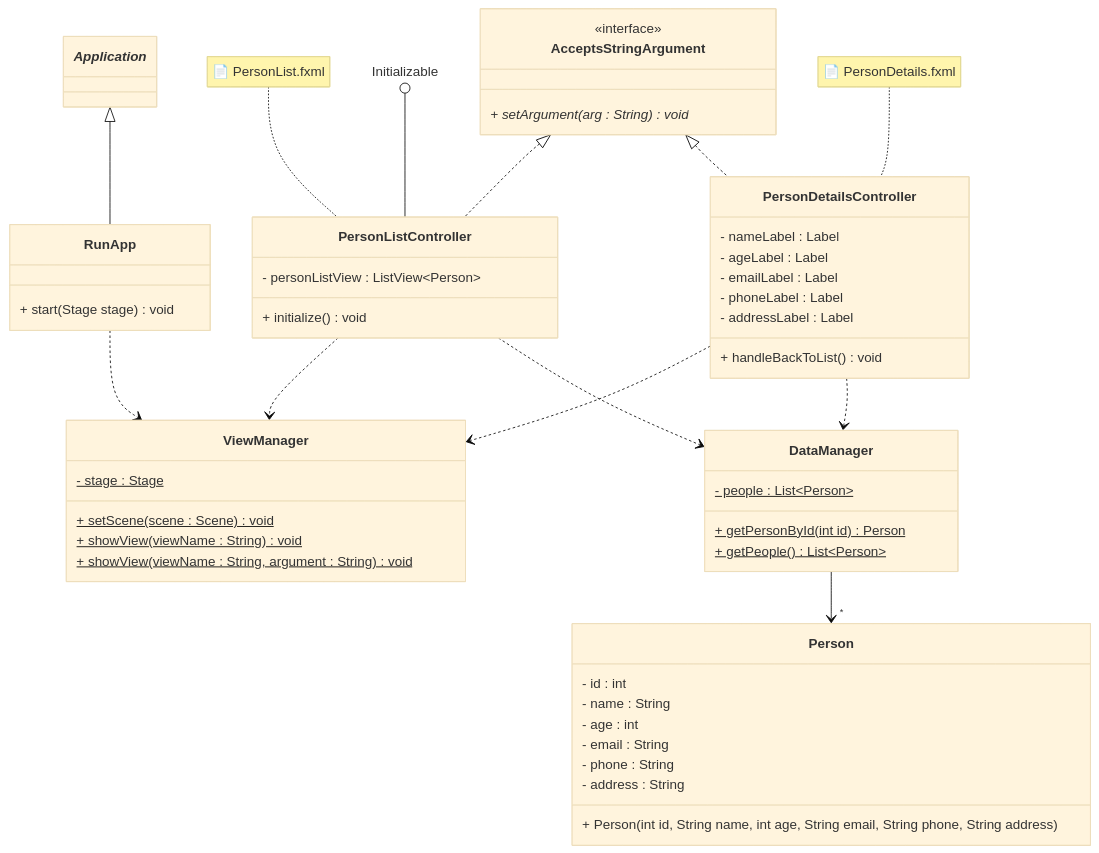
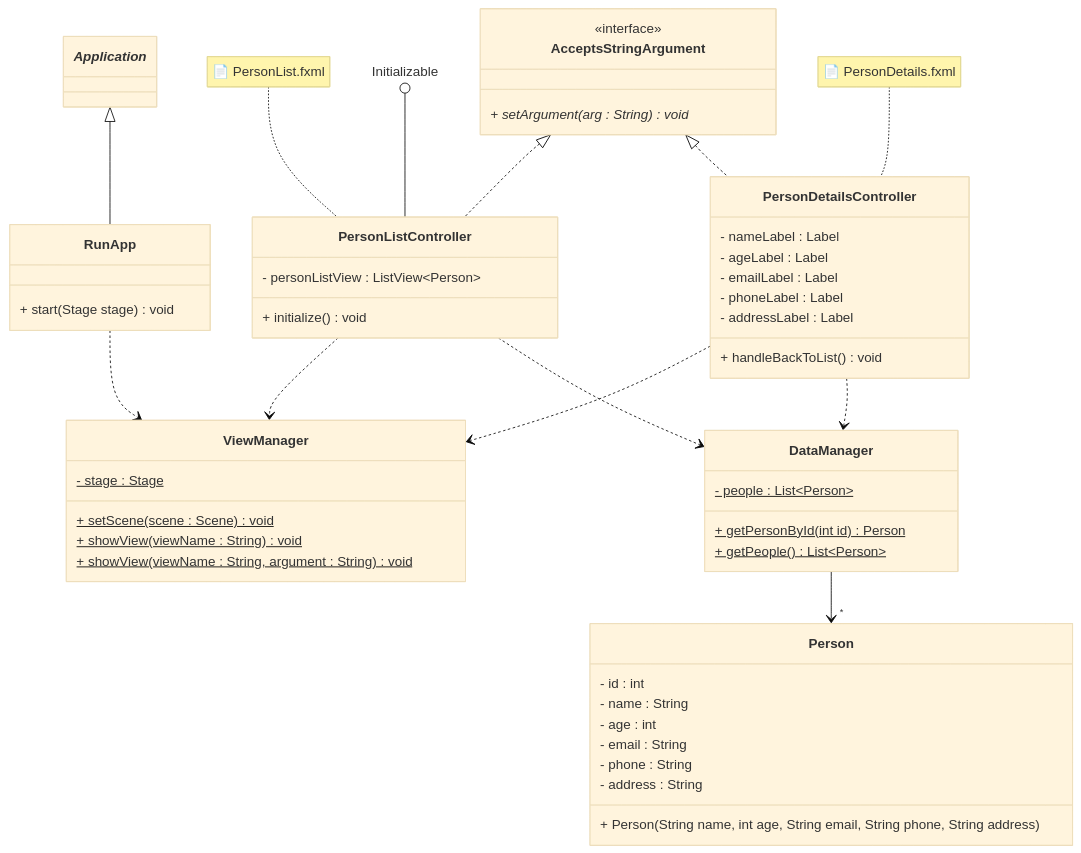
Before and after one commit to TroelsMortensen/Codelabs2: the diagram in Articles/Session 22 - JFX Continued/014 Exercise - Shared data.md, drawn with Mermaid (base theme).

````diff
--- a/Articles/Session 22 - JFX Continued/014 Exercise - Shared data.md
+++ b/Articles/Session 22 - JFX Continued/014 Exercise - Shared data.md
@@ -129,63 +129,63 @@
 ```mermaid
 classDiagram
 
     class RunApp {
         + start(Stage stage) void
     }
 
     class ViewManager {
         - stage : Stage$
         + setScene(scene : Scene) void$
         + showView(viewName : String) void$
         + showView(viewName : String, argument : String) void$
     }
 
     class AcceptsStringArgument {
         <<interface>>
         + setArgument(arg : String) void*
     }
 
     class PersonListController {
         - personListView : ListView~Person~
         + initialize() void
     }
     note for PersonListController "📄 PersonList.fxml"
 
     class PersonDetailsController {
         - nameLabel : Label
         - ageLabel : Label
         - emailLabel : Label
         - phoneLabel : Label
         - addressLabel : Label
         + handleBackToList() void
     }
     note for PersonDetailsController "📄 PersonDetails.fxml"
 
     class DataManager {
         - people : List~Person~$
         + getPersonById(int id) Person$
         + getPeople() List~Person~$
     }
 
     class Person {
         - id : int
         - name : String
         - age : int
         - email : String
         - phone : String
         - address : String
-        + Person(int id, String name, int age, String email, String phone, String address)
+        + Person(String name, int age, String email, String phone, String address)
 
     }
 
     _Application_ <|-- RunApp
     RunApp ..> ViewManager
     AcceptsStringArgument <|.. PersonListController
     AcceptsStringArgument <|.. PersonDetailsController
     Initializable ()-- PersonListController
     PersonListController ..> ViewManager
     PersonDetailsController ..> ViewManager
     PersonListController ..> DataManager
     PersonDetailsController ..> DataManager
     DataManager --> "*" Person
 ```
````
